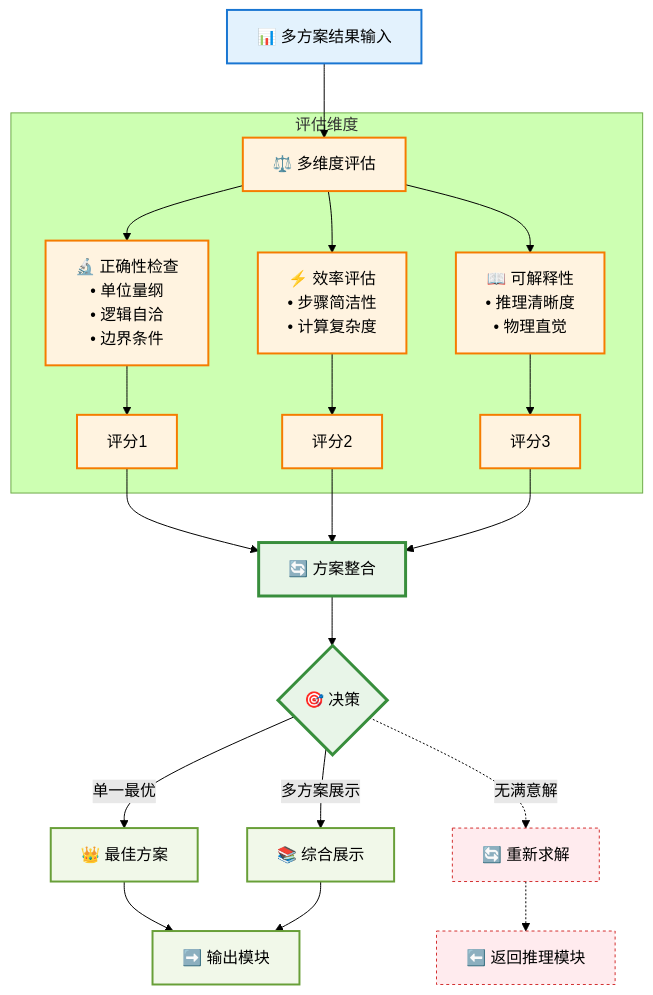
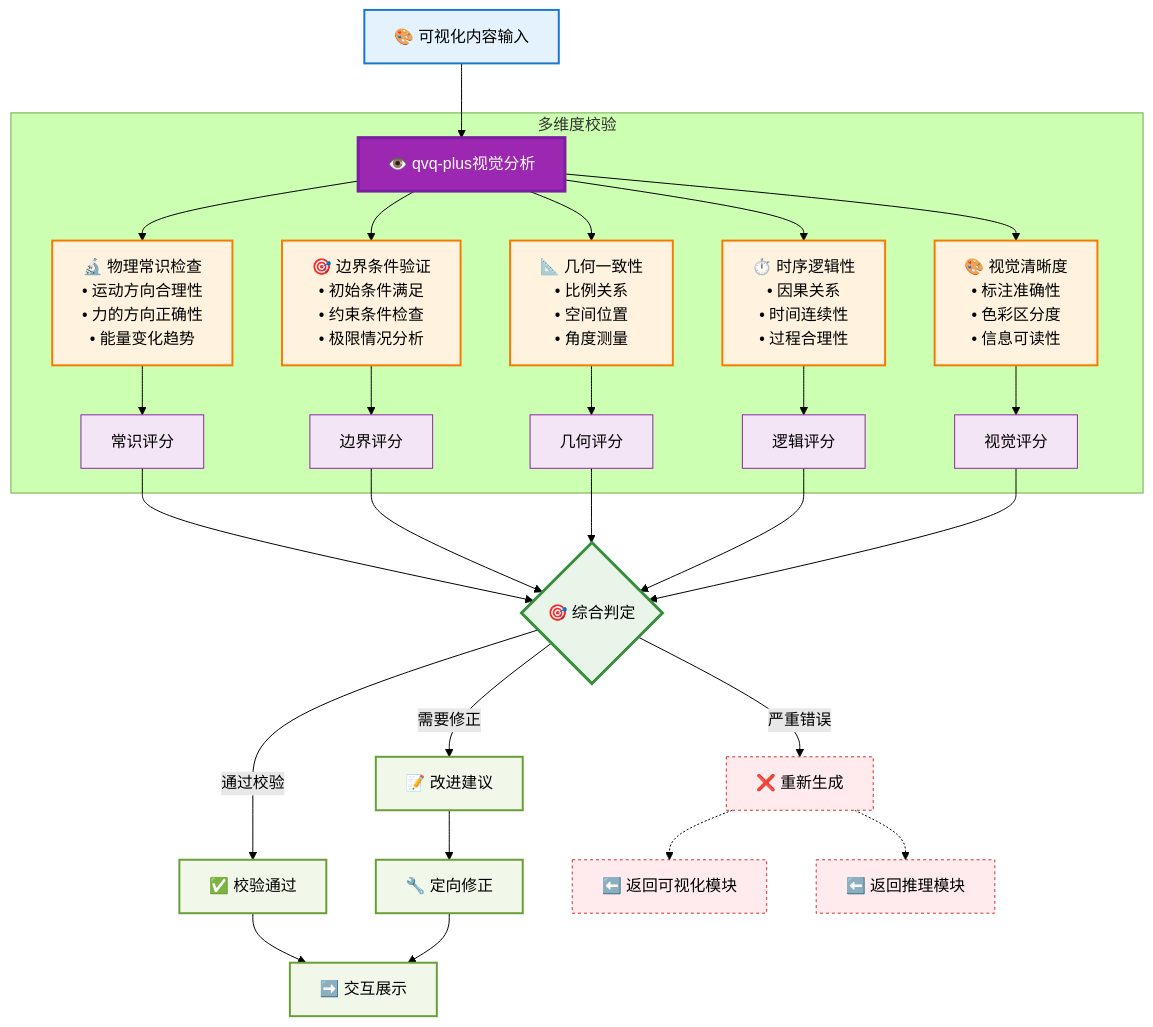
The sixth of 8 diagrams in plan.md (xruilin/pysical-agent), drawn with Mermaid (forest theme) before and after one commit. The commit also changed other lines of this file, not shown here.

````diff
--- a/plan.md
+++ b/plan.md
@@ -213,39 +424,51 @@
 ```mermaid
 flowchart TD
-    RESULTS["📊 多方案结果输入"] --> EVALUATE["⚖️ 多维度评估"]
+    VIS_INPUT["🎨 可视化内容输入"] --> QVQ_ANALYZE["👁️ qvq-plus视觉分析"]
     
-    subgraph EVAL_PROCESS ["评估维度"]
-        EVALUATE --> E1["🔬 正确性检查<br/>• 单位量纲<br/>• 逻辑自洽<br/>• 边界条件"]
-        EVALUATE --> E2["⚡ 效率评估<br/>• 步骤简洁性<br/>• 计算复杂度"]
-        EVALUATE --> E3["📖 可解释性<br/>• 推理清晰度<br/>• 物理直觉"]
+    subgraph VALIDATION_CHECKS ["多维度校验"]
+        QVQ_ANALYZE --> C1["🔬 物理常识检查<br/>• 运动方向合理性<br/>• 力的方向正确性<br/>• 能量变化趋势"]
+        QVQ_ANALYZE --> C2["🎯 边界条件验证<br/>• 初始条件满足<br/>• 约束条件检查<br/>• 极限情况分析"]
+        QVQ_ANALYZE --> C3["📐 几何一致性<br/>• 比例关系<br/>• 空间位置<br/>• 角度测量"]
+        QVQ_ANALYZE --> C4["⏱️ 时序逻辑性<br/>• 因果关系<br/>• 时间连续性<br/>• 过程合理性"]
+        QVQ_ANALYZE --> C5["🎨 视觉清晰度<br/>• 标注准确性<br/>• 色彩区分度<br/>• 信息可读性"]
         
-        E1 --> SCORE1["评分1"]
-        E2 --> SCORE2["评分2"] 
-        E3 --> SCORE3["评分3"]
+        C1 --> S1["常识评分"]
+        C2 --> S2["边界评分"]
+        C3 --> S3["几何评分"]
+        C4 --> S4["逻辑评分"]
+        C5 --> S5["视觉评分"]
     end
     
-    SCORE1 --> INTEGRATE["🔄 方案整合"]
-    SCORE2 --> INTEGRATE
-    SCORE3 --> INTEGRATE
+    S1 --> DECISION{"🎯 综合判定"}
+    S2 --> DECISION
+    S3 --> DECISION
+    S4 --> DECISION
+    S5 --> DECISION
     
-    INTEGRATE --> DECISION{"🎯 决策"}
-    DECISION -->|"单一最优"| BEST["👑 最佳方案"]
-    DECISION -->|"多方案展示"| MULTI["📚 综合展示"]
-    DECISION -.->|"无满意解"| RETRY["🔄 重新求解"]
+    DECISION -->|"通过校验"| APPROVED["✅ 校验通过"]
+    DECISION -->|"需要修正"| FEEDBACK["📝 改进建议"]
+    DECISION -->|"严重错误"| REJECT["❌ 重新生成"]
     
-    BEST --> OUTPUT["➡️ 输出模块"]
-    MULTI --> OUTPUT
-    RETRY -.-> BACK["⬅️ 返回推理模块"]
+    APPROVED --> NEXT["➡️ 交互展示"]
+    FEEDBACK --> MODIFY["🔧 定向修正"]
+    REJECT -.-> BACK_VIS["⬅️ 返回可视化模块"]
+    REJECT -.-> BACK_REASON["⬅️ 返回推理模块"]
+    
+    MODIFY --> NEXT
     
     classDef input fill:#e3f2fd,stroke:#1976d2,stroke-width:2px,color:#000
-    classDef eval fill:#fff3e0,stroke:#f57c00,stroke-width:2px,color:#000
-    classDef integrate fill:#e8f5e8,stroke:#388e3c,stroke-width:3px,color:#000
-    classDef output fill:#f1f8e9,stroke:#689f38,stroke-width:2px,color:#000
+    classDef analyze fill:#9c27b0,stroke:#7b1fa2,stroke-width:3px,color:#fff
+    classDef checks fill:#fff3e0,stroke:#f57c00,stroke-width:2px,color:#000
+    classDef scores fill:#f3e5f5,stroke:#8e24aa,stroke-width:1px,color:#000
+    classDef decision fill:#e8f5e8,stroke:#388e3c,stroke-width:3px,color:#000
+    classDef results fill:#f1f8e9,stroke:#689f38,stroke-width:2px,color:#000
     classDef retry fill:#ffebee,stroke:#d32f2f,stroke-width:1px,stroke-dasharray:3 3,color:#000
     
-    class RESULTS input
-    class EVALUATE,E1,E2,E3,SCORE1,SCORE2,SCORE3 eval
-    class INTEGRATE,DECISION integrate
-    class BEST,MULTI,OUTPUT output
-    class RETRY,BACK retry
+    class VIS_INPUT input
+    class QVQ_ANALYZE analyze
+    class C1,C2,C3,C4,C5 checks
+    class S1,S2,S3,S4,S5 scores
+    class DECISION decision
+    class APPROVED,FEEDBACK,MODIFY,NEXT results
+    class REJECT,BACK_VIS,BACK_REASON retry
 ```
````
